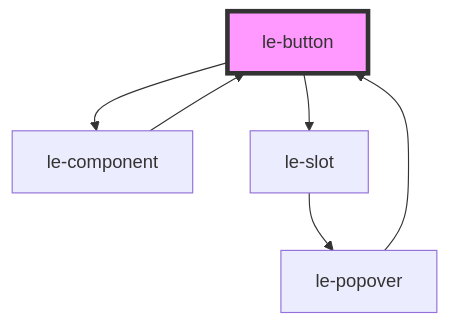
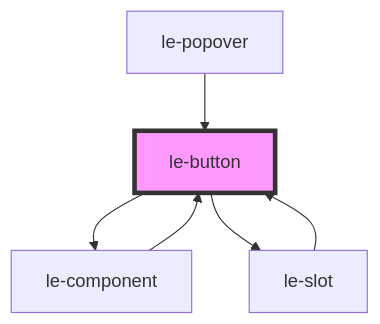
Before and after one commit to leechy/le-kit: the diagram in src/components/le-button/readme.md, drawn with Mermaid. The commit also changed other lines of this file and 17 other files, not shown here.

````diff
--- a/src/components/le-button/readme.md
+++ b/src/components/le-button/readme.md
@@ -135,9 +136,9 @@
 ```mermaid
 graph TD;
   le-button --> le-component
   le-button --> le-slot
   le-component --> le-button
   le-popover --> le-button
-  le-slot --> le-popover
+  le-slot --> le-button
   style le-button fill:#f9f,stroke:#333,stroke-width:4px
 ```
````
